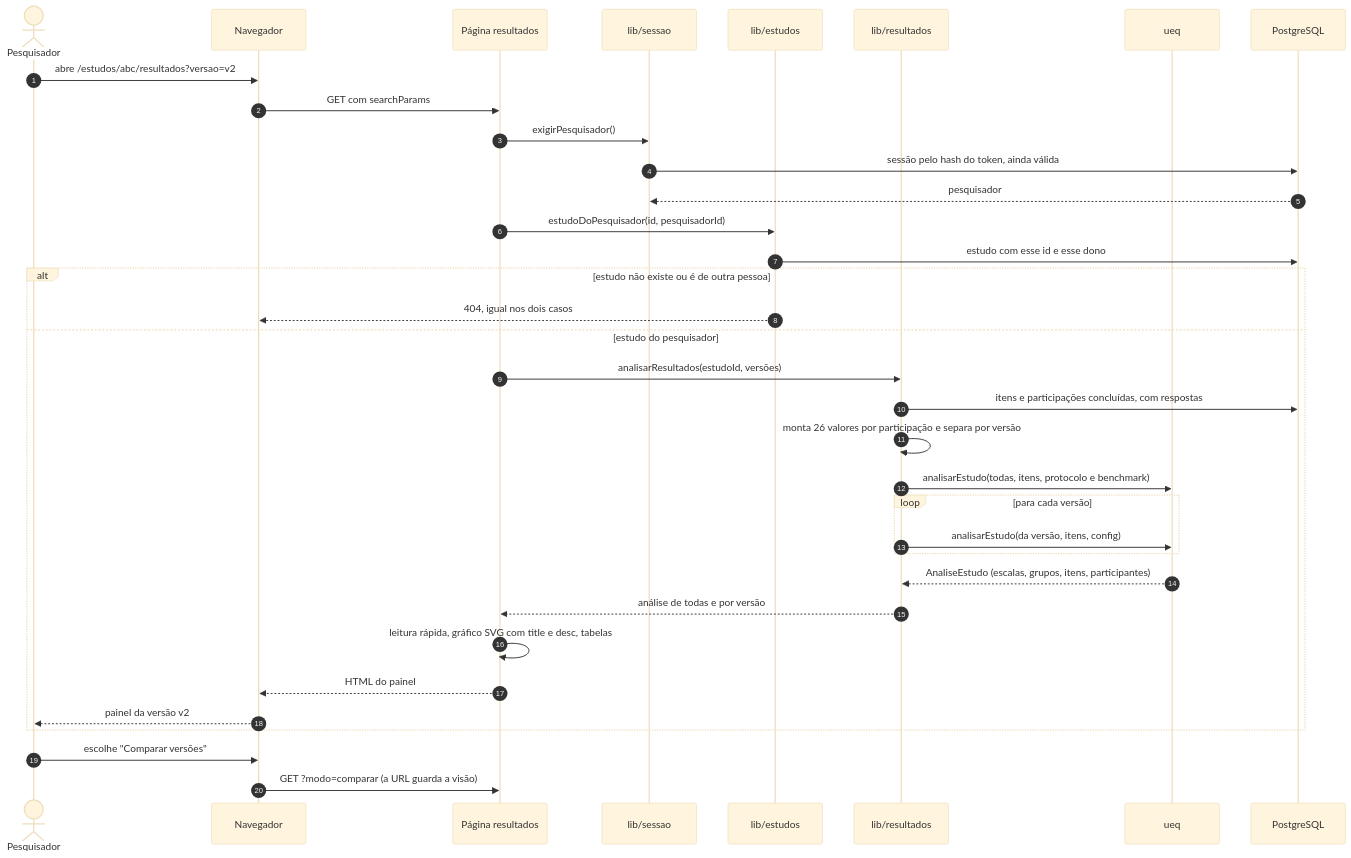
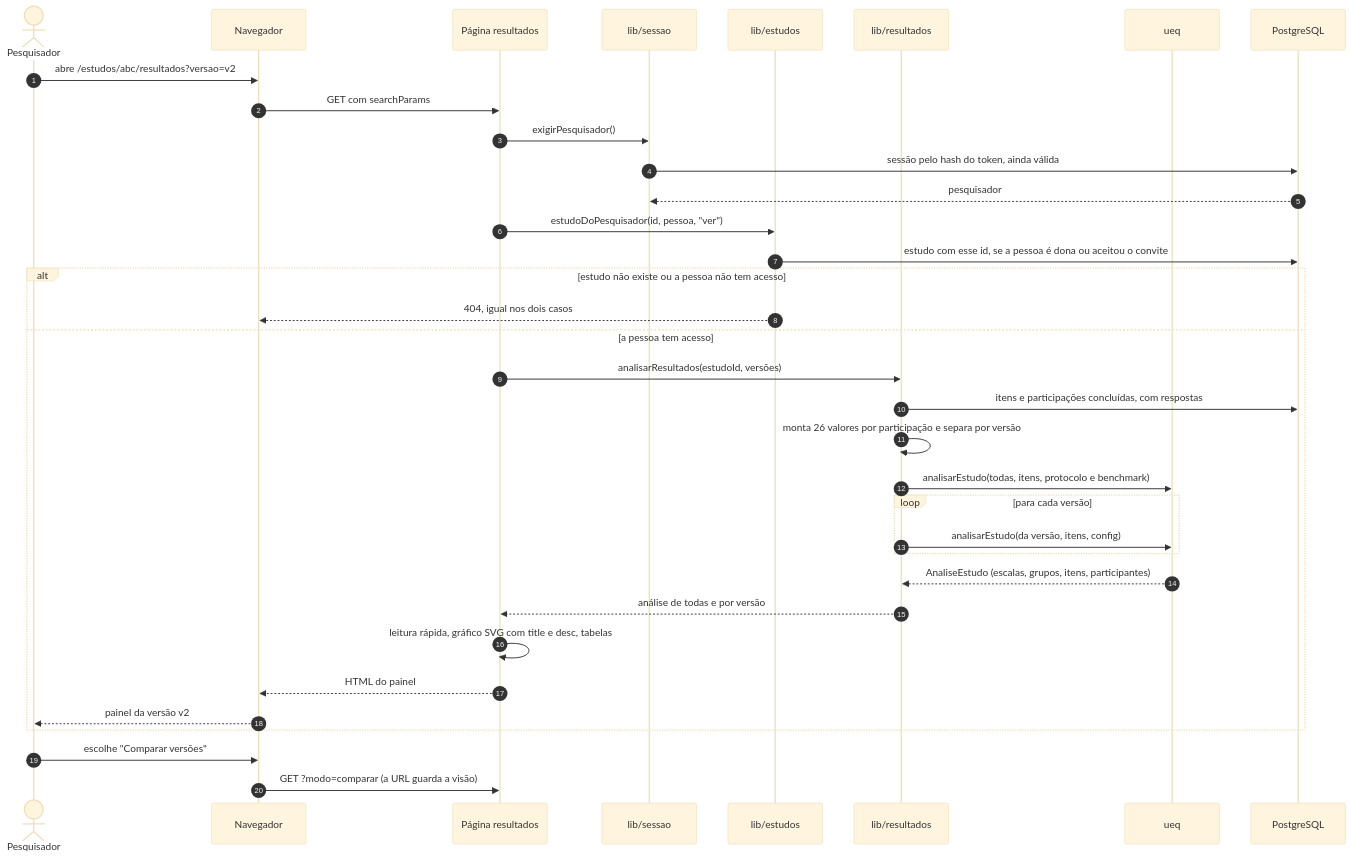
One commit to gabrielfjm/ueq_form_ihc changed the third of 8 diagrams in docs/documentacao/diagramas-de-sequencia.md. Above: the diagram before and after it, drawn with Mermaid (base theme). The commit also changed other lines of this file and 54 other files, not shown here.

````diff
--- a/docs/documentacao/diagramas-de-sequencia.md
+++ b/docs/documentacao/diagramas-de-sequencia.md
@@ -131,38 +154,38 @@
 ```mermaid
 sequenceDiagram
     autonumber
     actor Pesq as Pesquisador
     participant Nav as Navegador
     participant Pag as Página resultados
     participant Sessao as lib/sessao
     participant Estudos as lib/estudos
     participant Res as lib/resultados
     participant Ueq as ueq
     participant BD as PostgreSQL
 
     Pesq->>Nav: abre /estudos/abc/resultados?versao=v2
     Nav->>Pag: GET com searchParams
     Pag->>Sessao: exigirPesquisador()
     Sessao->>BD: sessão pelo hash do token, ainda válida
     BD-->>Sessao: pesquisador
-    Pag->>Estudos: estudoDoPesquisador(id, pesquisadorId)
-    Estudos->>BD: estudo com esse id e esse dono
-    alt estudo não existe ou é de outra pessoa
+    Pag->>Estudos: estudoDoPesquisador(id, pessoa, "ver")
+    Estudos->>BD: estudo com esse id, se a pessoa é dona ou aceitou o convite
+    alt estudo não existe ou a pessoa não tem acesso
         Estudos-->>Nav: 404, igual nos dois casos
-    else estudo do pesquisador
+    else a pessoa tem acesso
         Pag->>Res: analisarResultados(estudoId, versões)
         Res->>BD: itens e participações concluídas, com respostas
         Res->>Res: monta 26 valores por participação e separa por versão
         Res->>Ueq: analisarEstudo(todas, itens, protocolo e benchmark)
         loop para cada versão
             Res->>Ueq: analisarEstudo(da versão, itens, config)
         end
         Ueq-->>Res: AnaliseEstudo (escalas, grupos, itens, participantes)
         Res-->>Pag: análise de todas e por versão
         Pag->>Pag: leitura rápida, gráfico SVG com title e desc, tabelas
         Pag-->>Nav: HTML do painel
         Nav-->>Pesq: painel da versão v2
     end
     Pesq->>Nav: escolhe "Comparar versões"
     Nav->>Pag: GET ?modo=comparar (a URL guarda a visão)
 ```
````
